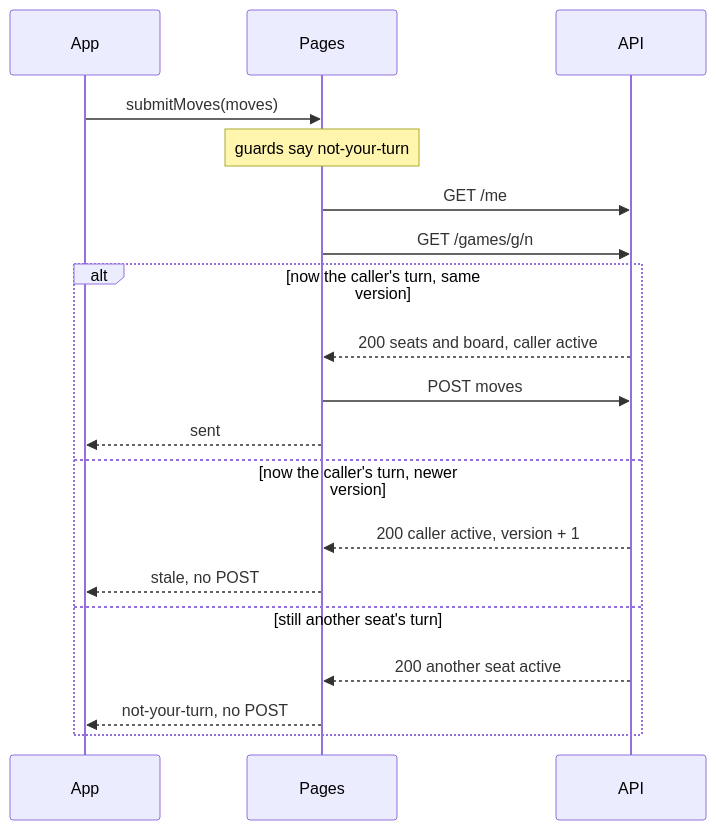
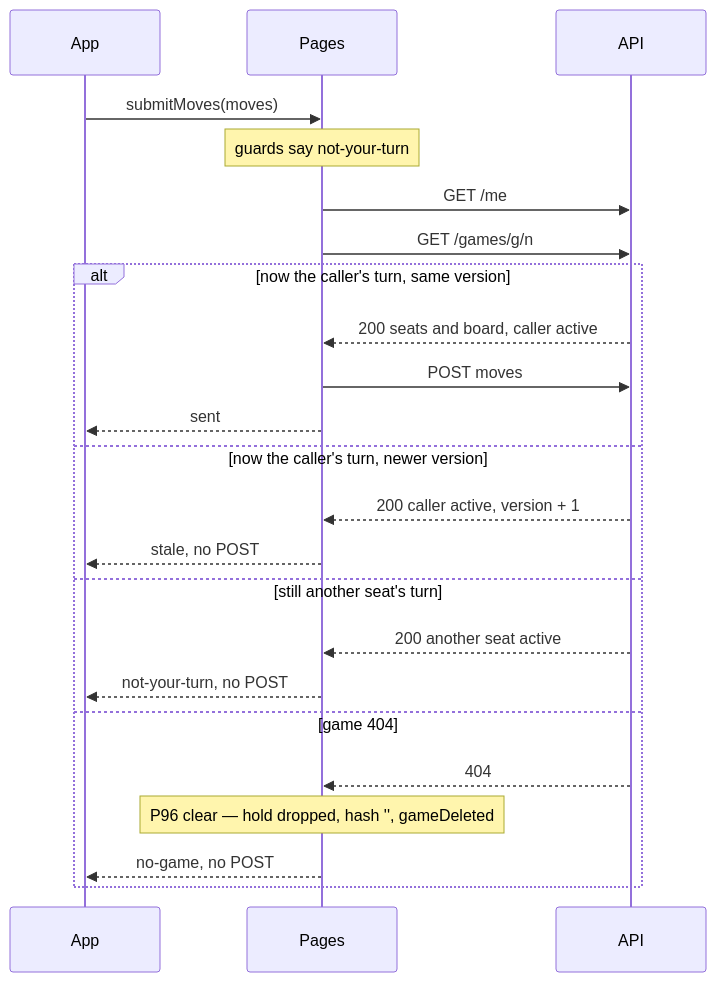
Before and after one commit to hochgi/conquarrow: the fourth of 4 diagrams in docs/spec/send-self-heal/SCENARIOS.md, drawn with Mermaid. The commit also changed other lines of this file and 8 other files, not shown here.

First line of the commit message:
🤖: P104 kickback — a deleted game answers no-game, not held

````diff
--- a/docs/spec/send-self-heal/SCENARIOS.md
+++ b/docs/spec/send-self-heal/SCENARIOS.md
@@ -114,21 +131,25 @@
 ```mermaid
 sequenceDiagram
   participant App
   participant Pages
   participant API
   App->>Pages: submitMoves(moves)
   Note over Pages: guards say not-your-turn
   Pages->>API: GET /me
   Pages->>API: GET /games/g/n
   alt now the caller's turn, same version
     API-->>Pages: 200 seats and board, caller active
     Pages->>API: POST moves
     Pages-->>App: sent
   else now the caller's turn, newer version
     API-->>Pages: 200 caller active, version + 1
     Pages-->>App: stale, no POST
   else still another seat's turn
     API-->>Pages: 200 another seat active
     Pages-->>App: not-your-turn, no POST
+  else game 404
+    API-->>Pages: 404
+    Note over Pages: P96 clear — hold dropped, hash '', gameDeleted
+    Pages-->>App: no-game, no POST
   end
 ```
````
